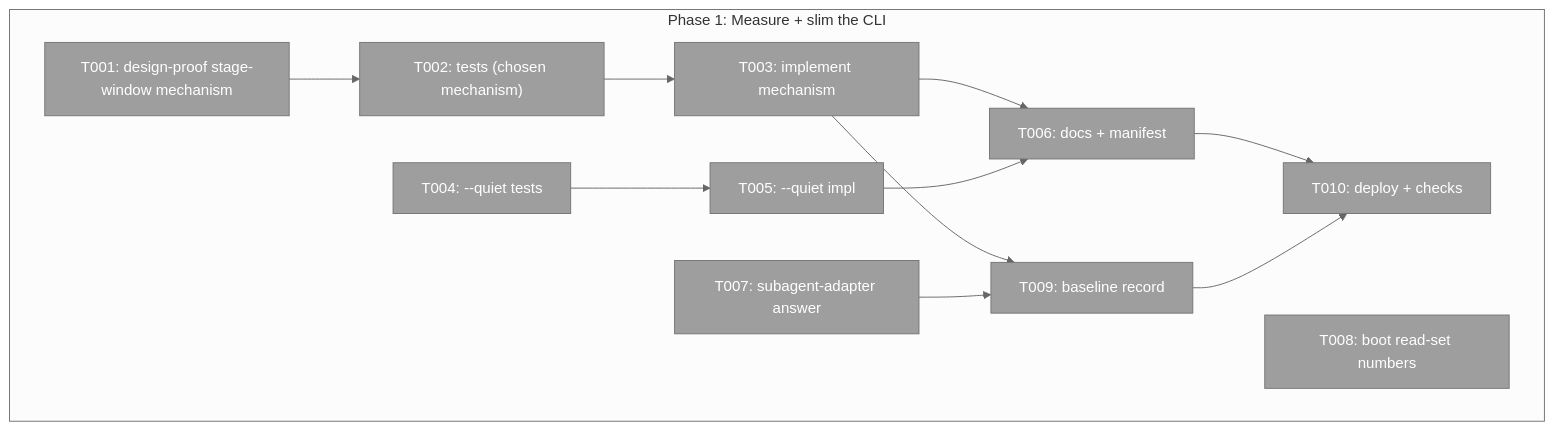
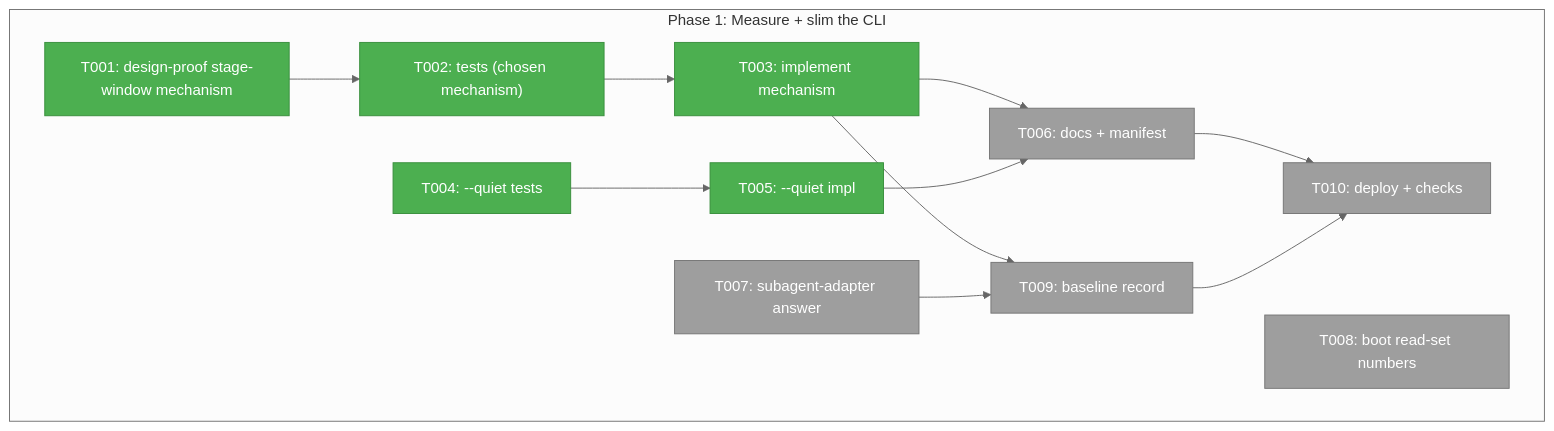
One commit to AI-Substrate/harness-engineering changed the first of 2 diagrams in docs/plans/057-flow-token-efficiency/tasks/phase-1-measure-slim-cli/tasks.md. Above: the diagram before and after it, drawn with Mermaid (neutral theme). The commit also changed other lines of this file and 6 other files, not shown here.

Commit message:
docs(foundations): rules-of-why + delegation doctrine in AGENTS.md; 056 post-ship flow state; 057 plan artifacts through P1 tasks

````diff
--- a/docs/plans/057-flow-token-efficiency/tasks/phase-1-measure-slim-cli/tasks.md
+++ b/docs/plans/057-flow-token-efficiency/tasks/phase-1-measure-slim-cli/tasks.md
@@ -29,21 +29,22 @@
 ```mermaid
 flowchart TD
     classDef pending fill:#9E9E9E,stroke:#757575,color:#fff
+    classDef completed fill:#4CAF50,stroke:#388E3C,color:#fff
     subgraph Phase["Phase 1: Measure + slim the CLI"]
-        T001["T001: design-proof stage-window mechanism"]:::pending
-        T002["T002: tests (chosen mechanism)"]:::pending
-        T003["T003: implement mechanism"]:::pending
-        T004["T004: --quiet tests"]:::pending
-        T005["T005: --quiet impl"]:::pending
+        T001["T001: design-proof stage-window mechanism"]:::completed
+        T002["T002: tests (chosen mechanism)"]:::completed
+        T003["T003: implement mechanism"]:::completed
+        T004["T004: --quiet tests"]:::completed
+        T005["T005: --quiet impl"]:::completed
         T006["T006: docs + manifest"]:::pending
         T007["T007: subagent-adapter answer"]:::pending
         T008["T008: boot read-set numbers"]:::pending
         T009["T009: baseline record"]:::pending
         T010["T010: deploy + checks"]:::pending
         T001 --> T002 --> T003 --> T009
         T004 --> T005
         T003 --> T006
         T005 --> T006 --> T010
         T007 --> T009 --> T010
     end
 ```
````
